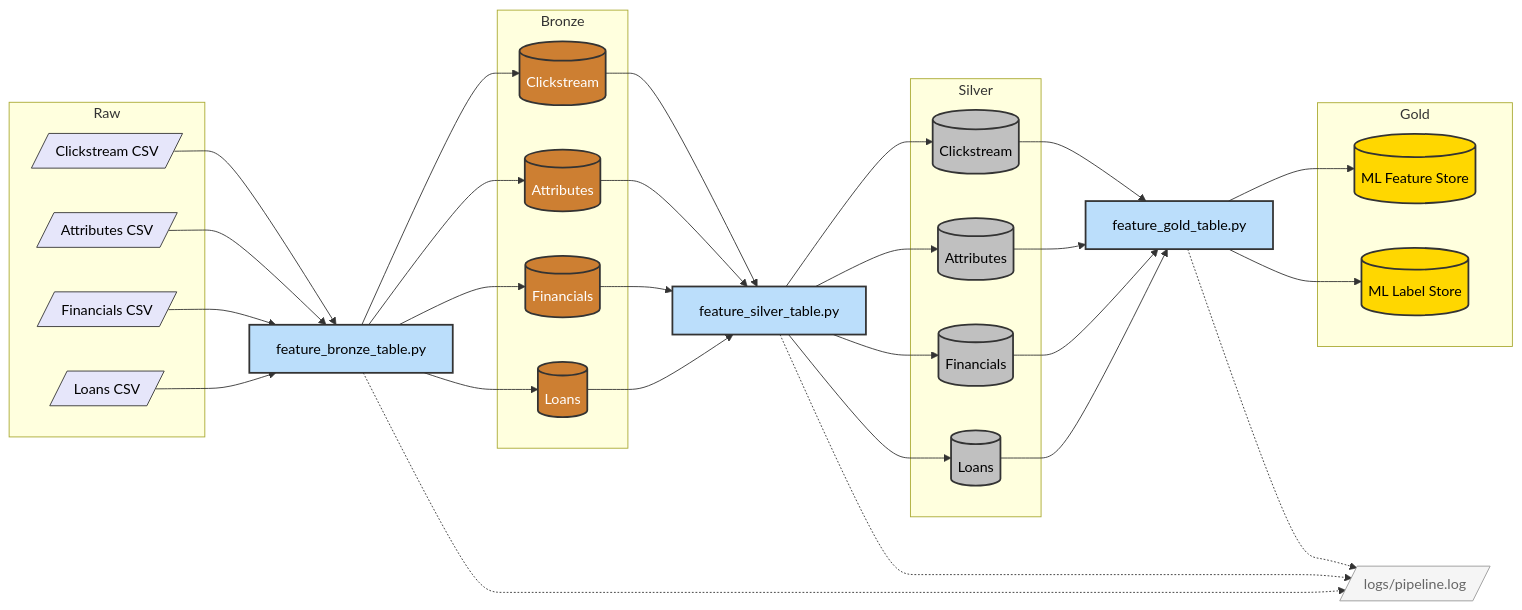
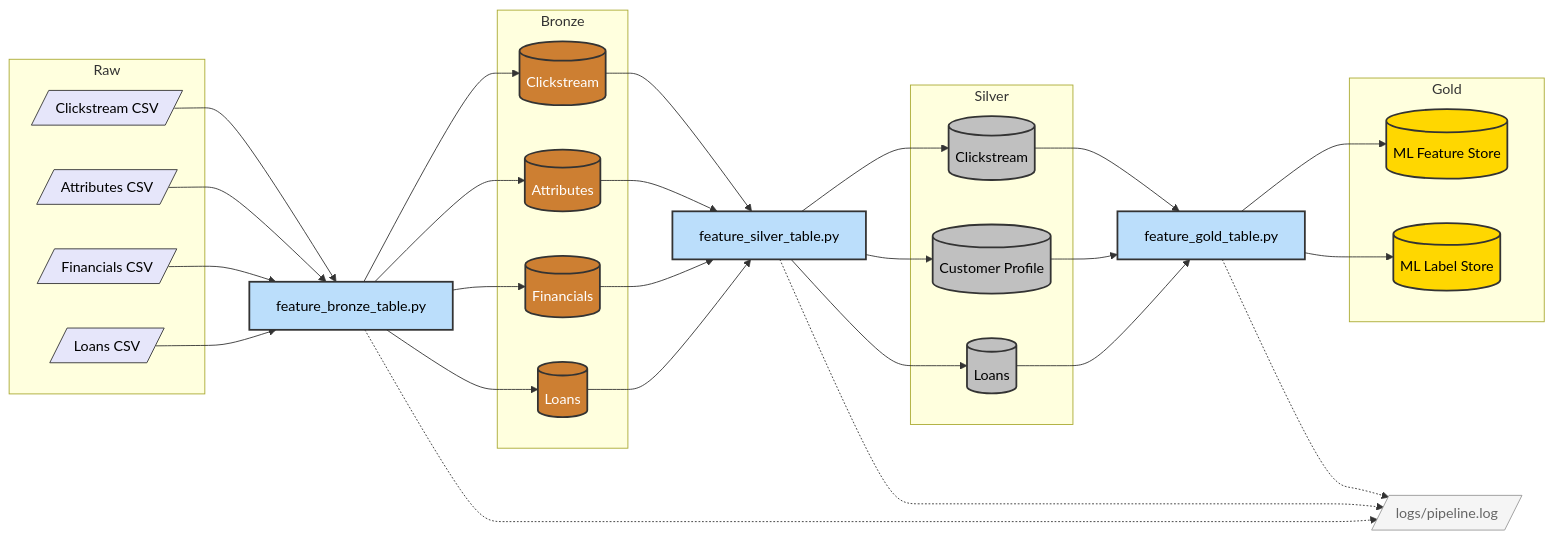
The diagram in docs/architecture_v3.md (siranishkd/predictive-loan-default-modelling), drawn with Mermaid before and after one commit. The commit also changed other lines of this file and 2 other files, not shown here.

Commit message:
Consolidate Attributes & Financials into silver_customer_profile in code and docs

````diff
--- a/docs/architecture_v3.md
+++ b/docs/architecture_v3.md
@@ -9,76 +9,73 @@
 ```mermaid
 graph LR
     classDef bronze fill:#cd7f32,stroke:#333,stroke-width:2px,color:#fff
     classDef silver fill:#c0c0c0,stroke:#333,stroke-width:2px,color:#000
     classDef gold fill:#ffd700,stroke:#333,stroke-width:2px,color:#000
     classDef raw fill:#e6e6fa,stroke:#333,stroke-width:1px,color:#000
     classDef process fill:#bbdefb,stroke:#333,stroke-width:2px,color:#000
     classDef log fill:#f5f5f5,stroke:#999,stroke-width:1px,color:#666
 
     %% Raw Layer
     subgraph Raw
         R1[/Clickstream CSV/]:::raw
         R2[/Attributes CSV/]:::raw
         R3[/Financials CSV/]:::raw
         R4[/Loans CSV/]:::raw
     end
 
     %% Bronze Layer
     P1[feature_bronze_table.py]:::process
 
     subgraph Bronze
         B1[(Clickstream)]:::bronze
         B2[(Attributes)]:::bronze
         B3[(Financials)]:::bronze
         B4[(Loans)]:::bronze
     end
 
     R1 --> P1
     R2 --> P1
     R3 --> P1
     R4 --> P1
     P1 --> B1
     P1 --> B2
     P1 --> B3
     P1 --> B4
 
     %% Silver Layer
     P2[feature_silver_table.py]:::process
 
     subgraph Silver
         S1[(Clickstream)]:::silver
-        S2[(Attributes)]:::silver
-        S3[(Financials)]:::silver
-        S4[(Loans)]:::silver
+        S2[(Customer Profile)]:::silver
+        S3[(Loans)]:::silver
     end
 
     B1 --> P2
     B2 --> P2
     B3 --> P2
     B4 --> P2
     P2 --> S1
     P2 --> S2
     P2 --> S3
-    P2 --> S4
 
     %% Gold Layer
     P3[feature_gold_table.py]:::process
 
     subgraph Gold
         G1[(ML Feature Store)]:::gold
         G2[(ML Label Store)]:::gold
     end
 
     S1 --> P3
     S2 --> P3
     S3 --> P3
-    S4 --> P3
     P3 --> G1
     P3 --> G2
 
     %% Logging — sits below, small
     LOG[/logs/pipeline.log/]:::log
     P1 -.-> LOG
     P2 -.-> LOG
     P3 -.-> LOG
 ```
````
